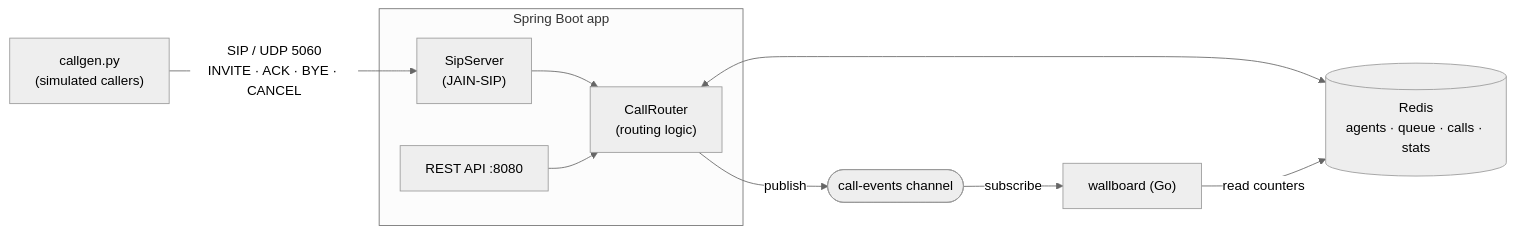
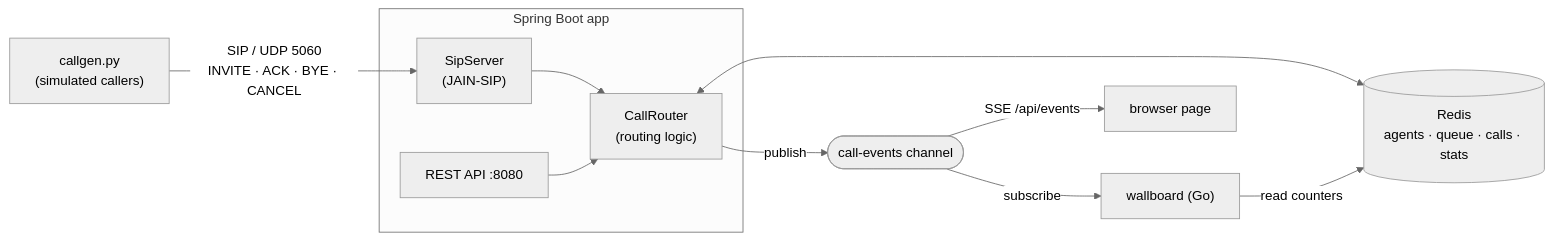
One commit to Atelci/sip-call-router changed the diagram in README.md. Above: the diagram before and after it, drawn with Mermaid (neutral theme). The commit also changed other lines of this file and 4 other files, not shown here.

First line of the commit message:
Stream call events to the browser over SSE

````diff
--- a/README.md
+++ b/README.md
@@ -11,12 +11,13 @@
 ```mermaid
 flowchart LR
     G["callgen.py<br/>(simulated callers)"] -- "SIP / UDP 5060<br/>INVITE · ACK · BYE · CANCEL" --> S
     subgraph App["Spring Boot app"]
         S["SipServer<br/>(JAIN-SIP)"] --> R["CallRouter<br/>(routing logic)"]
         API["REST API :8080"] --> R
     end
     R <--> Redis[("Redis<br/>agents · queue · calls · stats")]
     R -- "publish" --> E(["call-events channel"])
     E -- "subscribe" --> W["wallboard (Go)"]
+    E -- "SSE /api/events" --> B["browser page"]
     W -- "read counters" --> Redis
 ```
````
